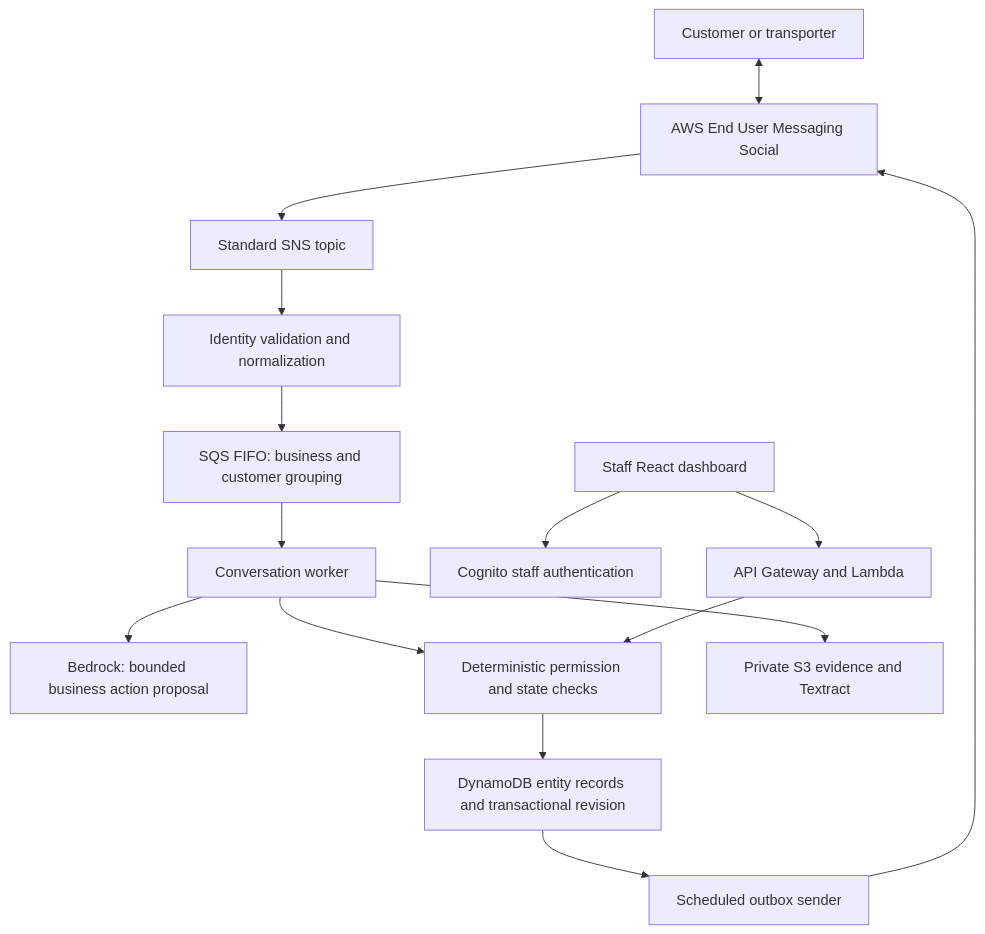
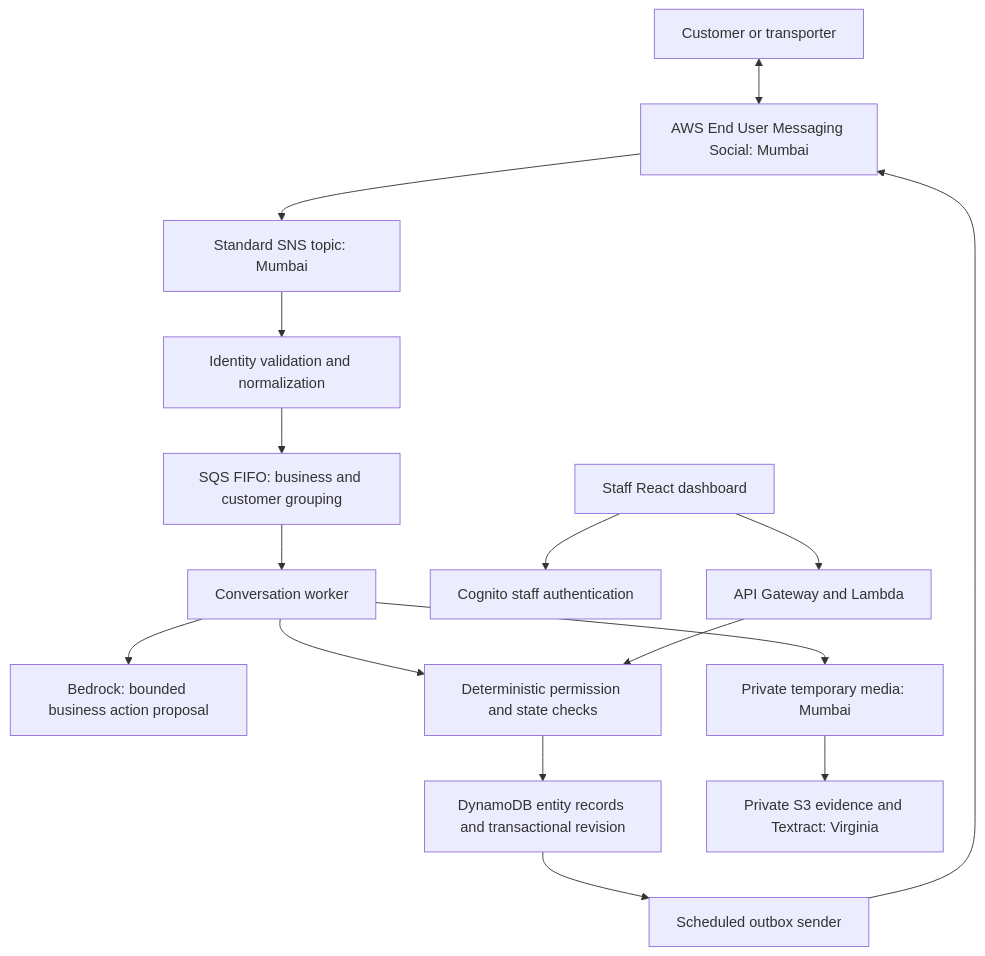
Before and after one commit to devotedayush/tradeloop: the diagram in docs/architecture.md, drawn with Mermaid. The commit also changed other lines of this file and 14 other files, not shown here.

````diff
--- a/docs/architecture.md
+++ b/docs/architecture.md
@@ -5,17 +5,18 @@
 ```mermaid
 flowchart TD
-  Customer[Customer or transporter] <--> Social[AWS End User Messaging Social]
-  Social --> SNS[Standard SNS topic]
+  Customer[Customer or transporter] <--> Social[AWS End User Messaging Social: Mumbai]
+  Social --> SNS[Standard SNS topic: Mumbai]
   SNS --> Normalize[Identity validation and normalization]
   Normalize --> FIFO[SQS FIFO: business and customer grouping]
   FIFO --> Worker[Conversation worker]
   Worker --> Model[Bedrock: bounded business action proposal]
   Worker --> Engine[Deterministic permission and state checks]
   Engine --> DB[DynamoDB entity records and transactional revision]
-  Worker --> Evidence[Private S3 evidence and Textract]
+  Worker --> Quarantine[Private temporary media: Mumbai]
+  Quarantine --> Evidence[Private S3 evidence and Textract: Virginia]
   DB --> Sender[Scheduled outbox sender]
   Sender --> Social
   Staff[Staff React dashboard] --> Auth[Cognito staff authentication]
   Staff --> API[API Gateway and Lambda]
   API --> Engine
 ```
````
